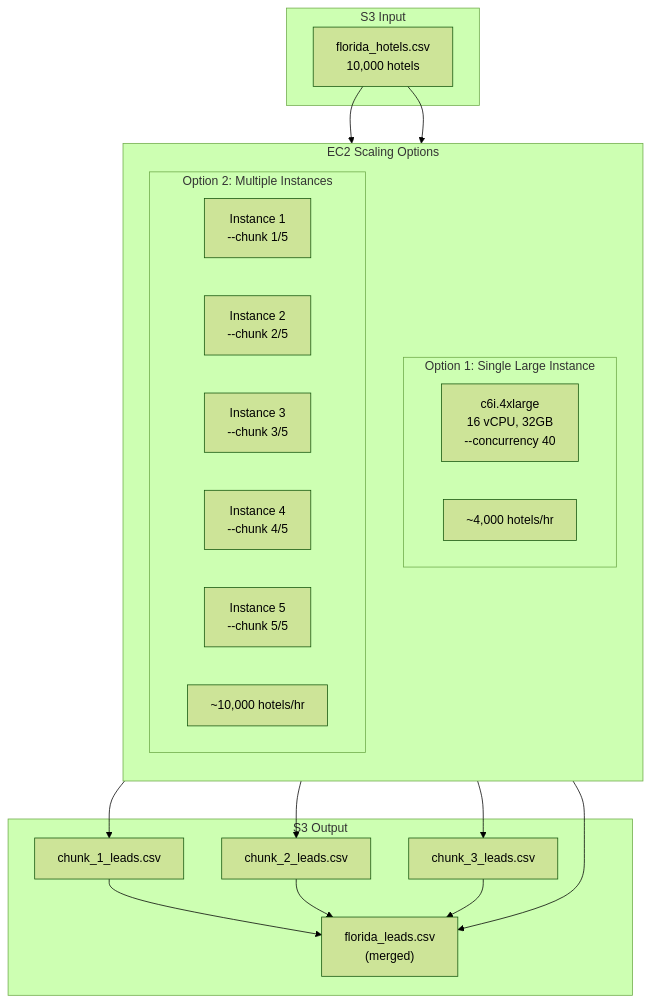
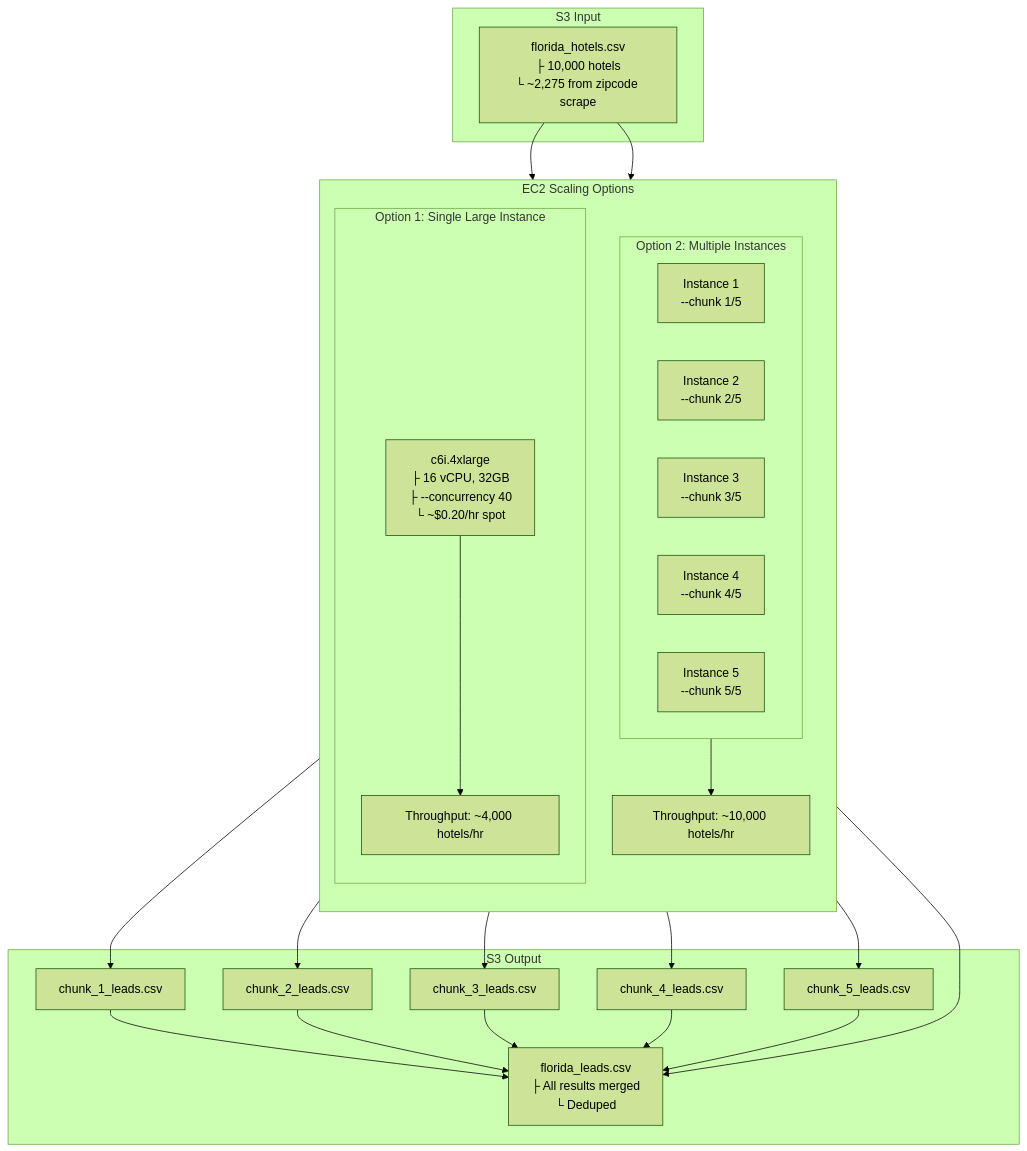
Before and after one commit to aliabbassi-1337/hotel-lead-gen: the fourth of 6 diagrams in docs/pipeline_architecture.md, drawn with Mermaid (forest theme). The commit also changed other lines of this file and 9 other files, not shown here.

````diff
--- a/docs/pipeline_architecture.md
+++ b/docs/pipeline_architecture.md
@@ -239,43 +203,46 @@
 ```mermaid
 flowchart TB
     subgraph S3_IN["S3 Input"]
-        INPUT["florida_hotels.csv<br/>10,000 hotels"]
+        INPUT["florida_hotels.csv<br>├ 10,000 hotels<br>└ ~2,275 from zipcode scrape"]
     end
 
     subgraph EC2_CLUSTER["EC2 Scaling Options"]
         direction TB
 
         subgraph OPT1["Option 1: Single Large Instance"]
-            SINGLE["c6i.4xlarge<br/>16 vCPU, 32GB<br/>--concurrency 40"]
-            SINGLE_RATE["~4,000 hotels/hr"]
+            SINGLE["c6i.4xlarge<br>├ 16 vCPU, 32GB<br>├ --concurrency 40<br>└ ~$0.20/hr spot"]
+            SINGLE_RATE["Throughput: ~4,000 hotels/hr"]
+            SINGLE --> SINGLE_RATE
         end
 
         subgraph OPT2["Option 2: Multiple Instances"]
             direction LR
-            I1["Instance 1<br/>--chunk 1/5"]
-            I2["Instance 2<br/>--chunk 2/5"]
-            I3["Instance 3<br/>--chunk 3/5"]
-            I4["Instance 4<br/>--chunk 4/5"]
-            I5["Instance 5<br/>--chunk 5/5"]
-            MULTI_RATE["~10,000 hotels/hr"]
+            I1["Instance 1<br>--chunk 1/5"]
+            I2["Instance 2<br>--chunk 2/5"]
+            I3["Instance 3<br>--chunk 3/5"]
+            I4["Instance 4<br>--chunk 4/5"]
+            I5["Instance 5<br>--chunk 5/5"]
         end
+        MULTI_RATE["Throughput: ~10,000 hotels/hr"]
+        OPT2 --> MULTI_RATE
     end
 
     INPUT --> OPT1
     INPUT --> OPT2
 
     subgraph S3_OUT["S3 Output"]
         OUT1["chunk_1_leads.csv"]
         OUT2["chunk_2_leads.csv"]
         OUT3["chunk_3_leads.csv"]
-        MERGED["florida_leads.csv<br/>(merged)"]
+        OUT4["chunk_4_leads.csv"]
+        OUT5["chunk_5_leads.csv"]
+        MERGED["florida_leads.csv<br>├ All results merged<br>└ Deduped"]
     end
 
-    OPT1 --> MERGED
-    I1 --> OUT1
-    I2 --> OUT2
-    I3 --> OUT3
-    OUT1 --> MERGED
-    OUT2 --> MERGED
-    OUT3 --> MERGED
+    SINGLE_RATE --> MERGED
+    I1 --> OUT1 --> MERGED
+    I2 --> OUT2 --> MERGED
+    I3 --> OUT3 --> MERGED
+    I4 --> OUT4 --> MERGED
+    I5 --> OUT5 --> MERGED
 ```
````
